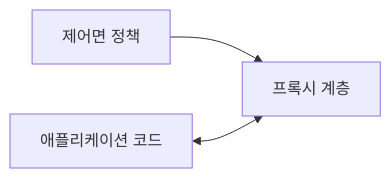
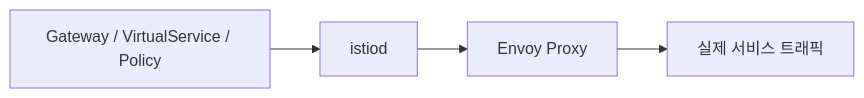
One commit to rlaehdwn0105/istio-study changed the fifth of 11 diagrams in posts/week1-istio-intro.md. Above: the diagram before and after it, drawn with Mermaid. The commit also changed other lines of this file and 1 other file, not shown here.

````diff
--- a/posts/week1-istio-intro.md
+++ b/posts/week1-istio-intro.md
@@ -89,9 +295,6 @@
 ```mermaid
 flowchart LR
-    App[애플리케이션 코드]
-    Proxy[프록시 계층]
-    Policy[제어면 정책]
-
-    Policy --> Proxy
-    App <--> Proxy
+    A[Gateway / VirtualService / Policy] --> B[istiod]
+    B --> C[Envoy Proxy]
+    C --> D[실제 서비스 트래픽]
 ```
````
